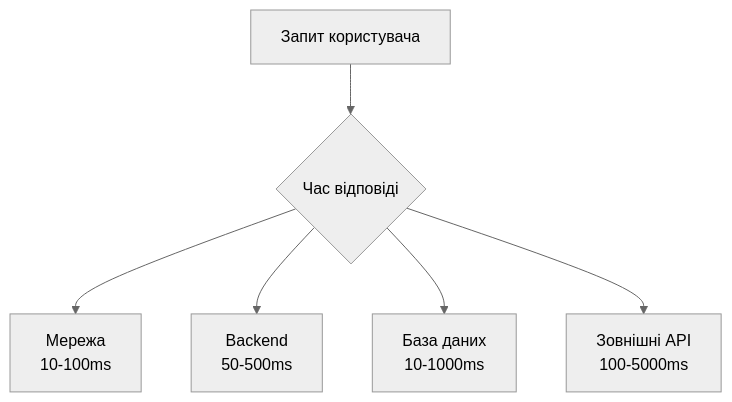
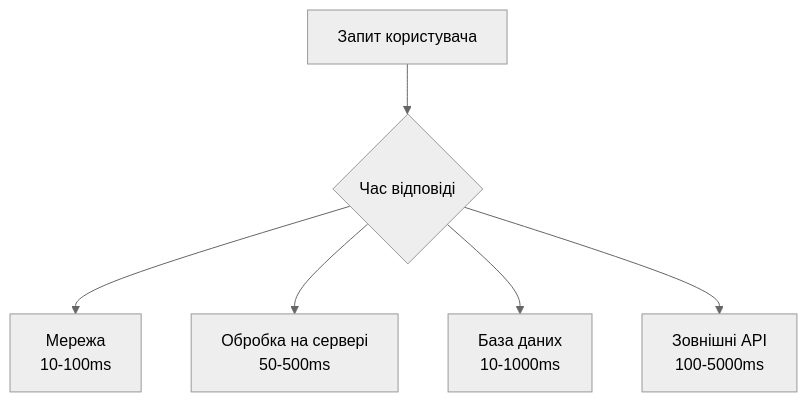
The first of 6 diagrams in presentations/presentation-16.md (olroi421/course-opi-v2), drawn with Mermaid (neutral theme) before and after one commit. The commit also changed other lines of this file and 9 other files, not shown here.

````diff
--- a/presentations/presentation-16.md
+++ b/presentations/presentation-16.md
@@ -33,8 +46,8 @@
 ```mermaid
 graph TB
     A[Запит користувача] --> B{Час відповіді}
     B --> C[Мережа<br/>10-100ms]
-    B --> D[Backend<br/>50-500ms]
+    B --> D[Обробка на сервері<br/>50-500ms]
     B --> E[База даних<br/>10-1000ms]
     B --> F[Зовнішні API<br/>100-5000ms]
 ```
````
